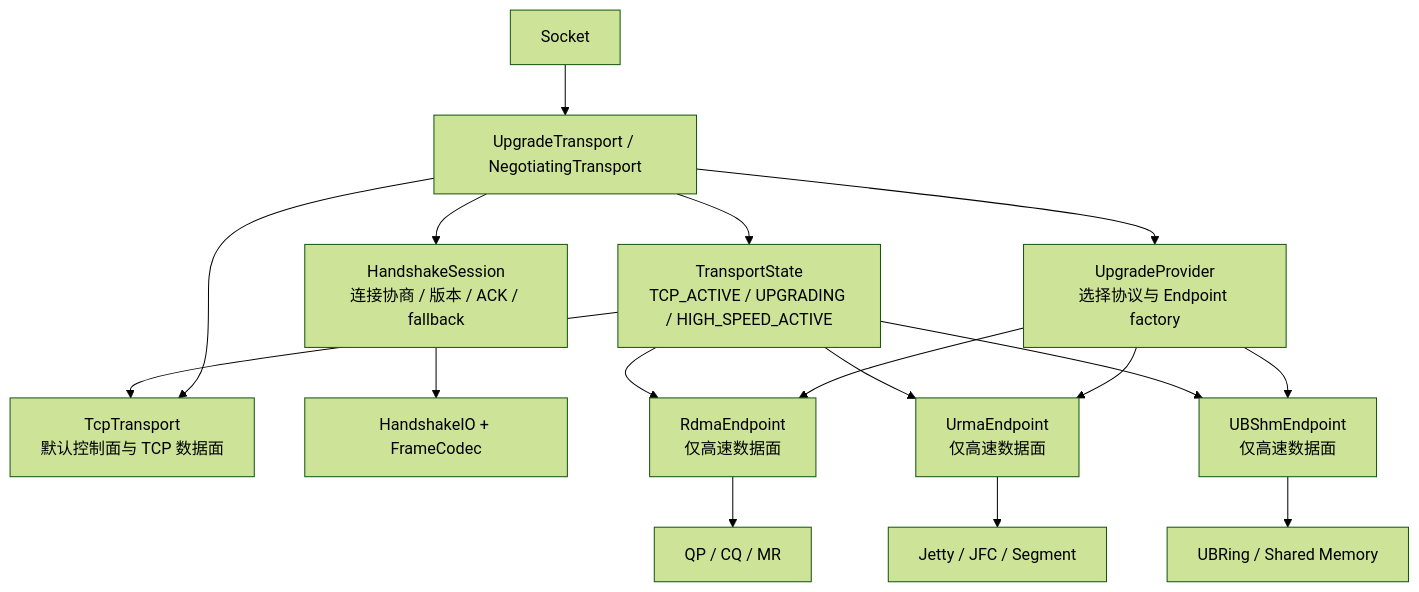
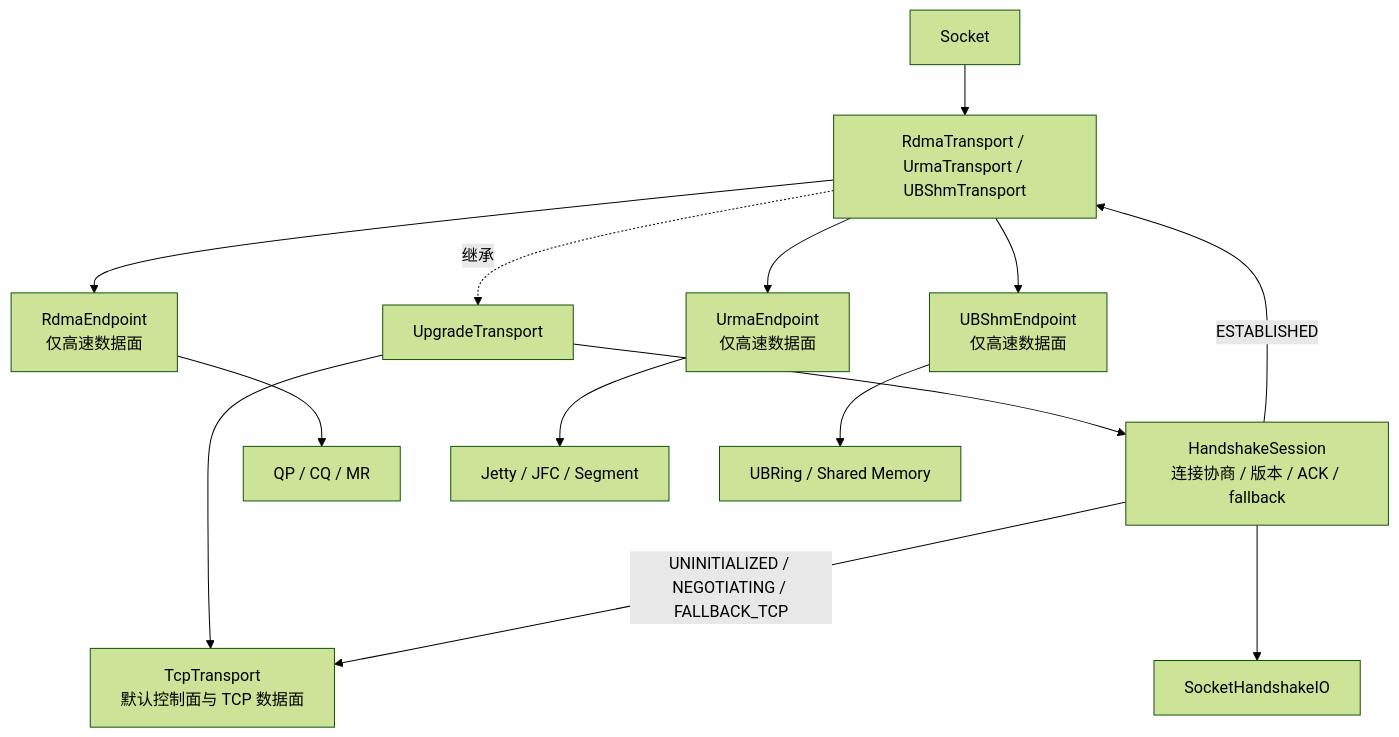
The second of 5 diagrams in docs/cn/handshake_common_design.md (LinQuickDev/brpc), drawn with Mermaid (forest theme) before and after one commit. The commit also changed other lines of this file and 12 other files, not shown here.

Commit message:
Add common upgrade transport handshake

````diff
--- a/docs/cn/handshake_common_design.md
+++ b/docs/cn/handshake_common_design.md
@@ -183,19 +149,16 @@
 ```mermaid
 flowchart TB
-    Socket["Socket"] --> UT["UpgradeTransport / NegotiatingTransport"]
+    Socket["Socket"] --> T["RdmaTransport / UrmaTransport / UBShmTransport"]
+    T -. "继承" .-> UT["UpgradeTransport"]
     UT --> TCP["TcpTransport\n默认控制面与 TCP 数据面"]
     UT --> HS["HandshakeSession\n连接协商 / 版本 / ACK / fallback"]
-    HS --> IO["HandshakeIO + FrameCodec"]
-    UT --> PF["UpgradeProvider\n选择协议与 Endpoint factory"]
-    PF --> R["RdmaEndpoint\n仅高速数据面"]
-    PF --> U["UrmaEndpoint\n仅高速数据面"]
-    PF --> B["UBShmEndpoint\n仅高速数据面"]
+    HS --> IO["SocketHandshakeIO"]
+    T --> R["RdmaEndpoint\n仅高速数据面"]
+    T --> U["UrmaEndpoint\n仅高速数据面"]
+    T --> B["UBShmEndpoint\n仅高速数据面"]
     R --> RD["QP / CQ / MR"]
     U --> UD["Jetty / JFC / Segment"]
     B --> BD["UBRing / Shared Memory"]
-    UT --> ST["TransportState\nTCP_ACTIVE / UPGRADING / HIGH_SPEED_ACTIVE"]
-    ST --> TCP
-    ST --> R
-    ST --> U
-    ST --> B
+    HS -->|"UNINITIALIZED / NEGOTIATING / FALLBACK_TCP"| TCP
+    HS -->|"ESTABLISHED"| T
 ```
````
